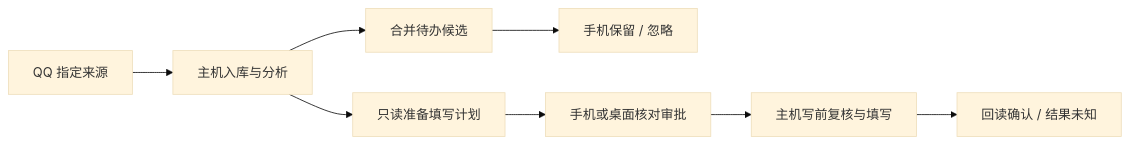
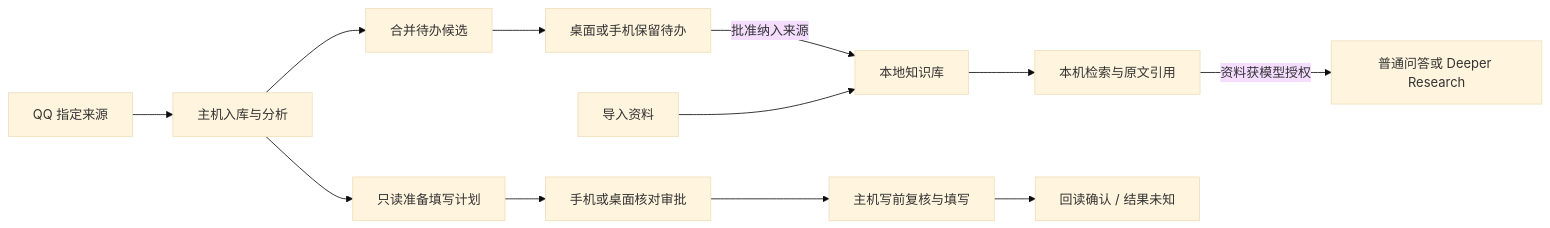
The diagram in README.md (luojie286/Campus_Desk), drawn with Mermaid (base theme) before and after one commit. The commit also changed other lines of this file and 6 other files, not shown here.

Commit message:
docs: show knowledge base and Deeper Research

````diff
--- a/README.md
+++ b/README.md
@@ -88,10 +107,14 @@
 ```mermaid
 flowchart LR
     Q[QQ 指定来源] --> H[主机入库与分析]
     H --> T[合并待办候选]
-    T --> K[手机保留 / 忽略]
+    T --> K[桌面或手机保留待办]
+    K -->|批准纳入来源| L[本地知识库]
+    D[导入资料] --> L
+    L --> R[本机检索与原文引用]
+    R -->|资料获模型授权| S[普通问答或 Deeper Research]
     H --> P[只读准备填写计划]
     P --> A[手机或桌面核对审批]
     A --> W[主机写前复核与填写]
     W --> V[回读确认 / 结果未知]
 ```
````
